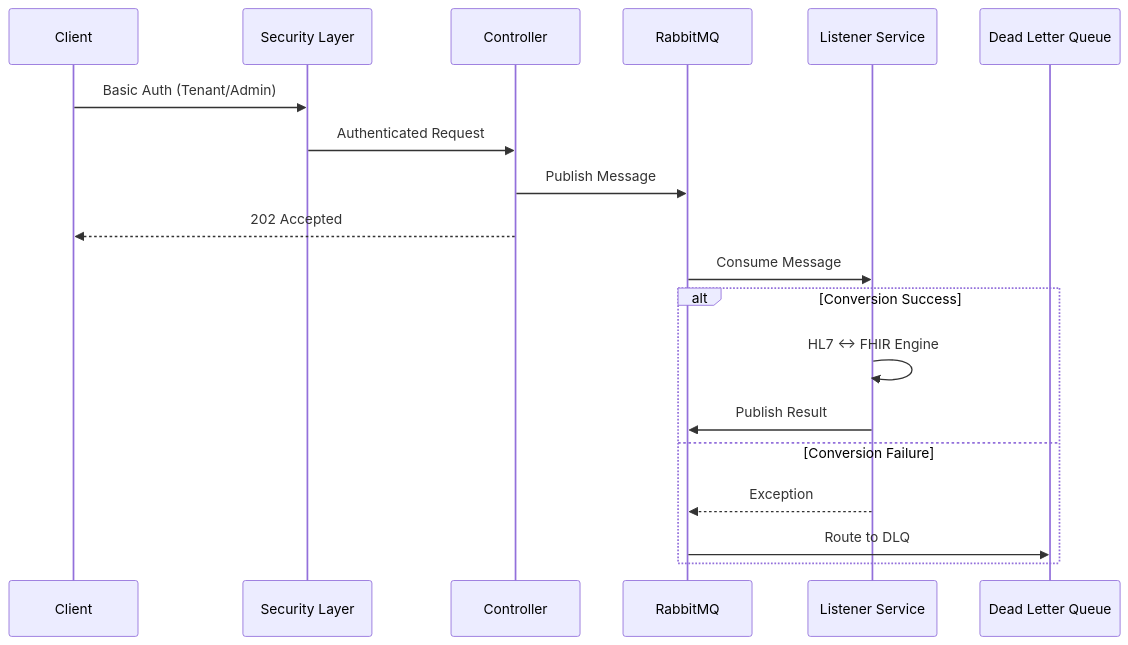
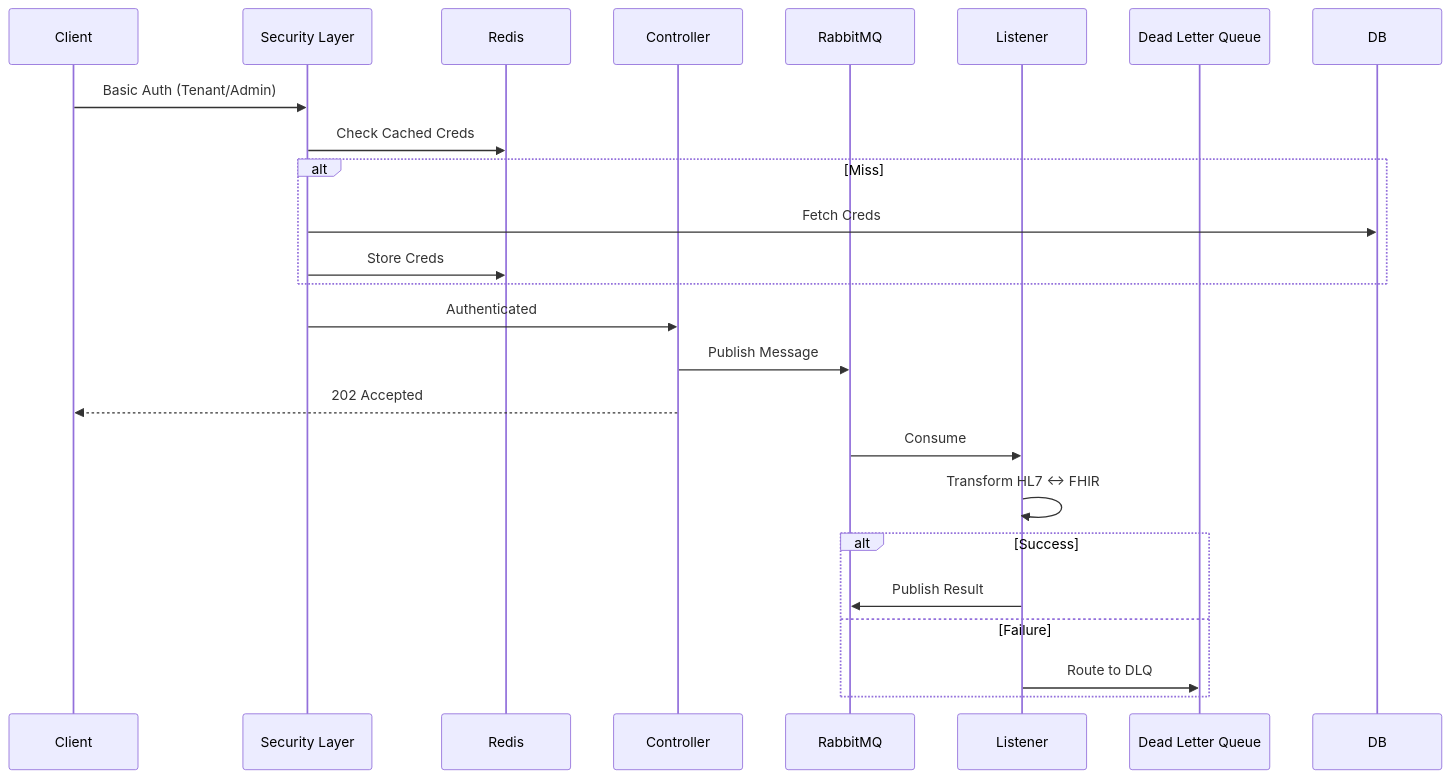
One commit to Alak-Das/FHIRTransformer changed the diagram in README.md. Above: the diagram before and after it, drawn with Mermaid. The commit also changed other lines of this file and 25 other files, not shown here.

Commit message:
feat: Implement core HL7 to FHIR conversion with batch processing, Z-segment support, and Redis caching for enhanced performance.

````diff
--- a/README.md
+++ b/README.md
@@ -64,24 +50,29 @@
 ```mermaid
 sequenceDiagram
     participant Client
     participant Auth as Security Layer
+    participant Cache as Redis
     participant API as Controller
     participant MQ as RabbitMQ
-    participant Worker as Listener Service
+    participant Worker as Listener
     participant DLQ as Dead Letter Queue
 
     Client->>Auth: Basic Auth (Tenant/Admin)
-    Auth->>API: Authenticated Request
+    Auth->>Cache: Check Cached Creds
+    alt Miss
+        Auth->>DB: Fetch Creds
+        Auth->>Cache: Store Creds
+    end
     
+    Auth->>API: Authenticated
     API->>MQ: Publish Message
     API-->>Client: 202 Accepted
     
-    MQ->>Worker: Consume Message
-    alt Conversion Success
-        Worker->>Worker: HL7 <-> FHIR Engine
+    MQ->>Worker: Consume
+    Worker->>Worker: Transform HL7 <-> FHIR
+    alt Success
         Worker->>MQ: Publish Result
-    else Conversion Failure
-        Worker-->>MQ: Exception
-        MQ->>DLQ: Route to DLQ
+    else Failure
+        Worker->>DLQ: Route to DLQ
     end
 ```
````
